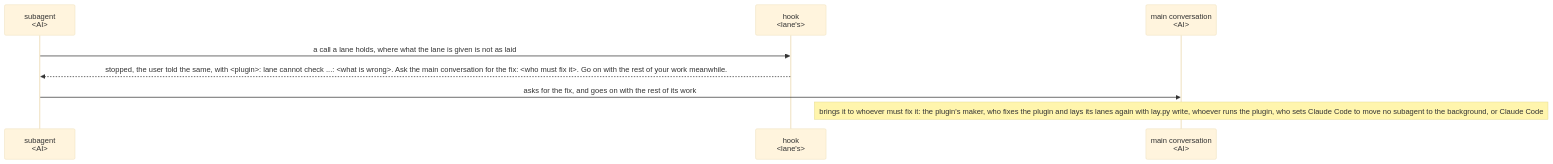
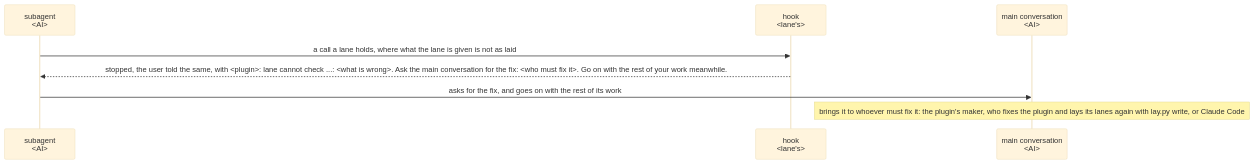
The fifth of 5 diagrams in dev/lane/ux.md (lovaizu/ccpm), drawn with Mermaid (base theme) before and after one commit. The commit also changed other lines of this file and 21 other files, not shown here.

````diff
--- a/dev/lane/ux.md
+++ b/dev/lane/ux.md
@@ -148,10 +153,10 @@
 ```mermaid
 sequenceDiagram
   participant S as subagent<br/>#lt;AI#gt;
   participant H as hook<br/>#lt;lane's#gt;
   participant M as main conversation<br/>#lt;AI#gt;
   S->>H: a call a lane holds, where what the lane is given is not as laid
   H-->>S: stopped, the user told the same, with #lt;plugin#gt;: lane cannot check ...: #lt;what is wrong#gt;. Ask the main conversation for the fix: #lt;who must fix it#gt;. Go on with the rest of your work meanwhile.
   S->>M: asks for the fix, and goes on with the rest of its work
-  Note over M: brings it to whoever must fix it: the plugin's maker, who fixes the plugin and lays its lanes again with lay.py write, whoever runs the plugin, who sets Claude Code to move no subagent to the background, or Claude Code
+  Note over M: brings it to whoever must fix it: the plugin's maker, who fixes the plugin and lays its lanes again with lay.py write, or Claude Code
 ```
````
